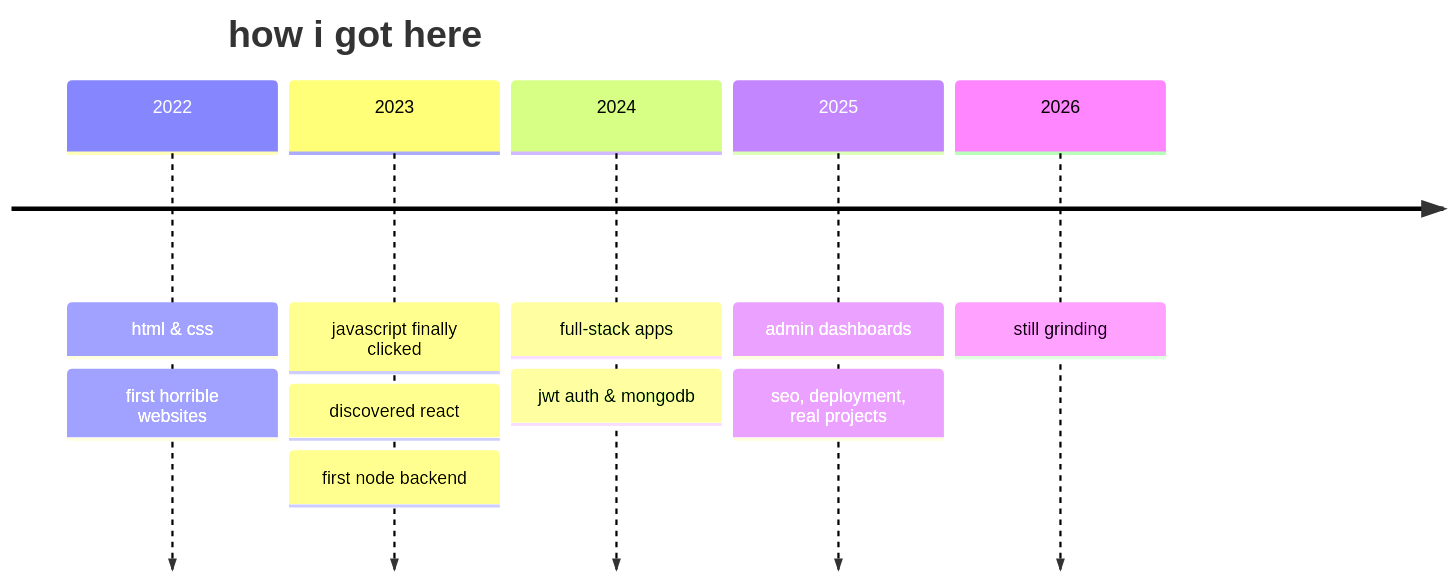
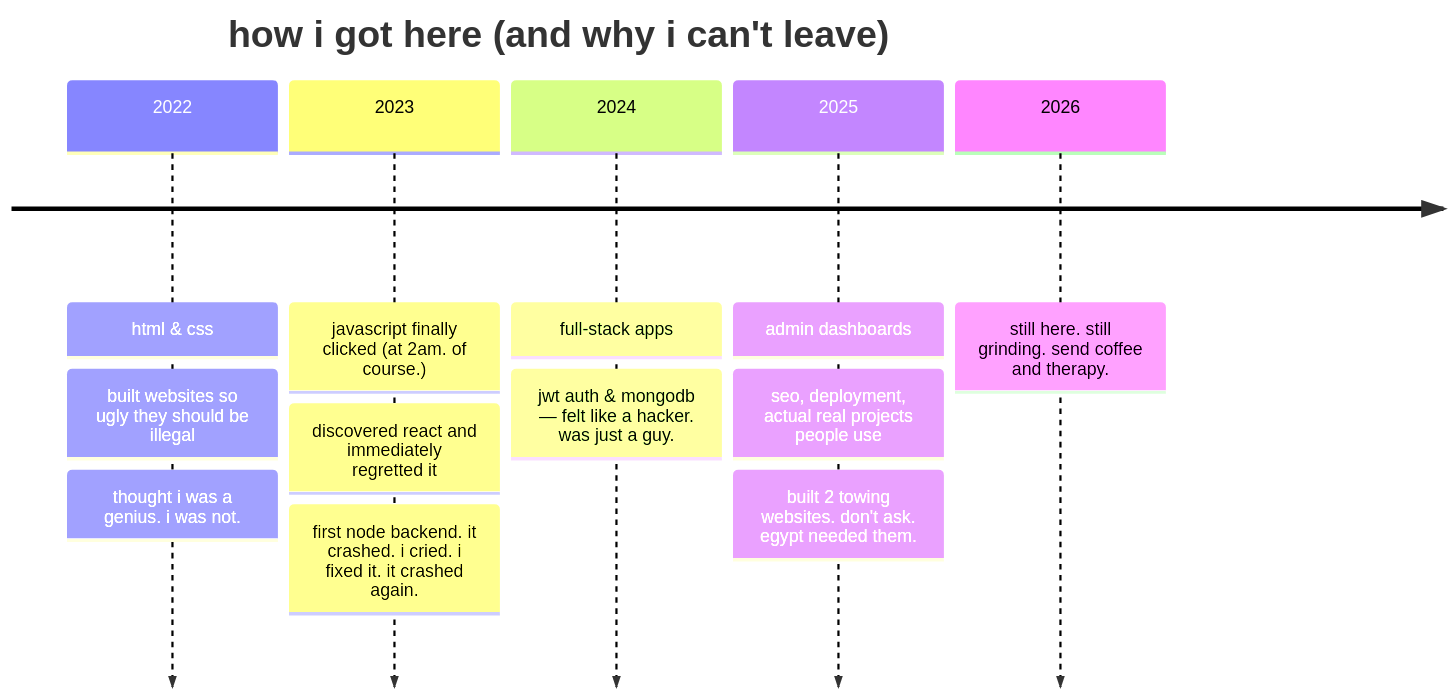
One commit to 3bdoKH/3bdoKH changed the third of 3 diagrams in README.md. Above: the diagram before and after it, drawn with Mermaid. The commit also changed other lines of this file, not shown here.

````diff
--- a/README.md
+++ b/README.md
@@ -92,14 +93,16 @@
 ```mermaid
 timeline
-    title how i got here
+    title how i got here (and why i can't leave)
     2022 : html & css
-         : first horrible websites
-    2023 : javascript finally clicked
-         : discovered react
-         : first node backend
+         : built websites so ugly they should be illegal
+         : thought i was a genius. i was not.
+    2023 : javascript finally clicked (at 2am. of course.)
+         : discovered react and immediately regretted it
+         : first node backend. it crashed. i cried. i fixed it. it crashed again.
     2024 : full-stack apps
-         : jwt auth & mongodb
+         : jwt auth & mongodb — felt like a hacker. was just a guy.
     2025 : admin dashboards
-         : seo, deployment, real projects
-    2026 : still grinding 
+         : seo, deployment, actual real projects people use
+         : built 2 towing websites. don't ask. egypt needed them.
+    2026 : still here. still grinding. send coffee and therapy.
 ```
````
